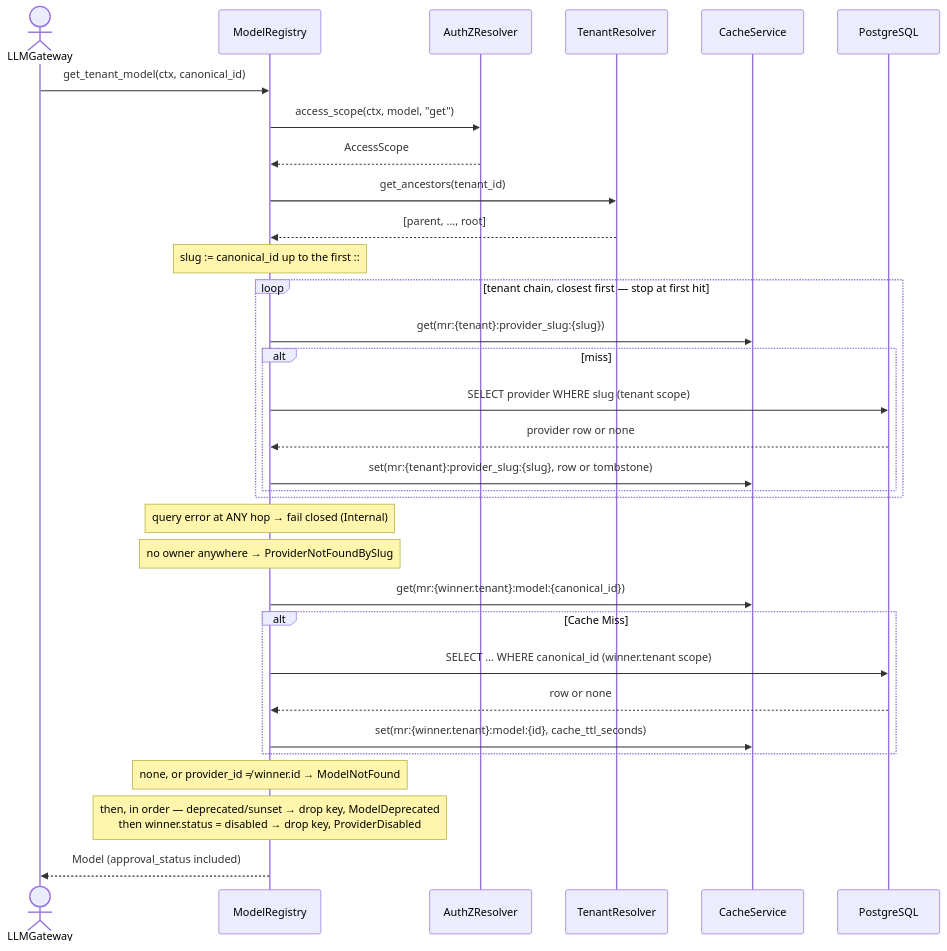
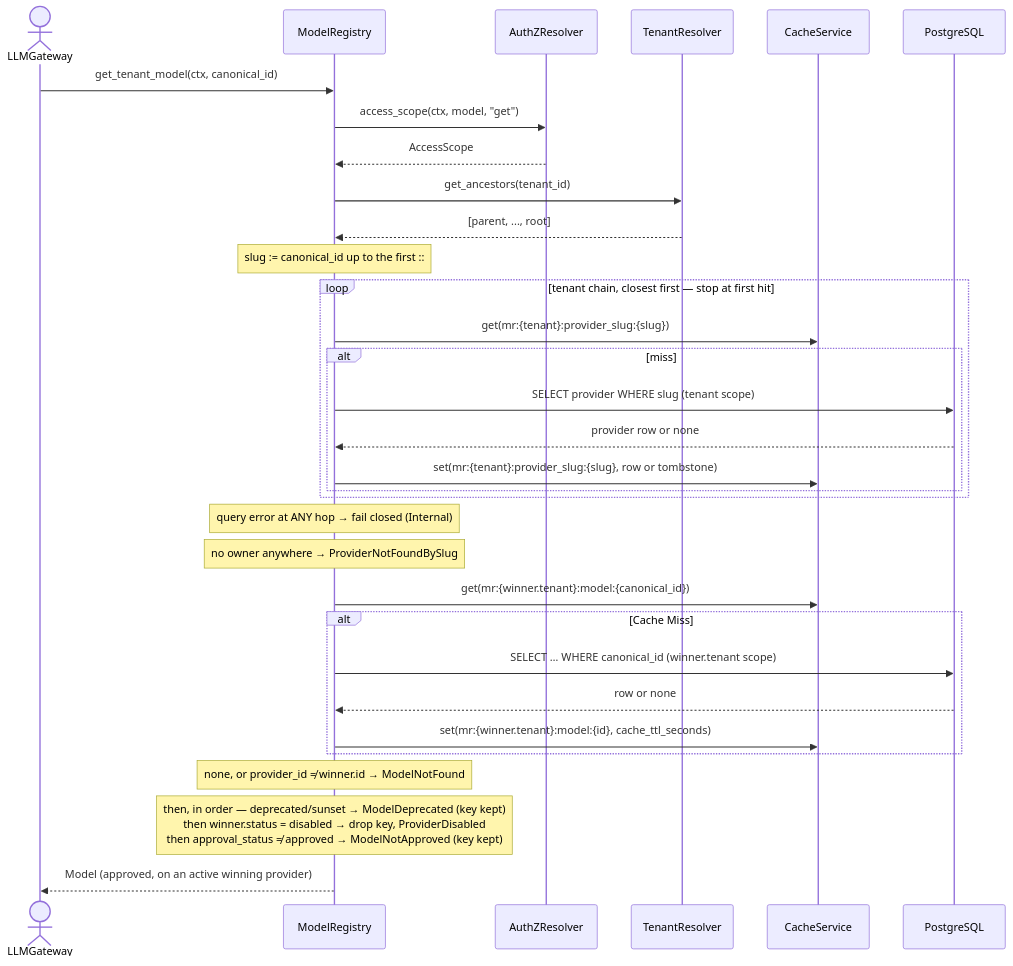
One commit to Qilin101/gears-rust changed the third of 9 diagrams in gears/model-registry/docs/DESIGN.md. Above: the diagram before and after it, drawn with Mermaid. The commit also changed other lines of this file and 6 other files, not shown here.

````diff
--- a/gears/model-registry/docs/DESIGN.md
+++ b/gears/model-registry/docs/DESIGN.md
@@ -938,38 +956,38 @@
 ```mermaid
 sequenceDiagram
     actor LLMGateway
     participant MR as ModelRegistry
     participant PDP as AuthZResolver
     participant Tenant as TenantResolver
     participant Cache as CacheService
     participant DB as PostgreSQL
 
     LLMGateway->>MR: get_tenant_model(ctx, canonical_id)
     MR->>PDP: access_scope(ctx, model, "get")
     PDP-->>MR: AccessScope
     MR->>Tenant: get_ancestors(tenant_id)
     Tenant-->>MR: [parent, ..., root]
 
     note over MR: slug := canonical_id up to the first ::
 
     loop tenant chain, closest first — stop at first hit
         MR->>Cache: get(mr:{tenant}:provider_slug:{slug})
         alt miss
             MR->>DB: SELECT provider WHERE slug (tenant scope)
             DB-->>MR: provider row or none
             MR->>Cache: set(mr:{tenant}:provider_slug:{slug}, row or tombstone)
         end
     end
     note over MR: query error at ANY hop → fail closed (Internal)
     note over MR: no owner anywhere → ProviderNotFoundBySlug
 
     MR->>Cache: get(mr:{winner.tenant}:model:{canonical_id})
     alt Cache Miss
         MR->>DB: SELECT … WHERE canonical_id (winner.tenant scope)
         DB-->>MR: row or none
         MR->>Cache: set(mr:{winner.tenant}:model:{id}, cache_ttl_seconds)
     end
     note over MR: none, or provider_id ≠ winner.id → ModelNotFound
-    note over MR: then, in order — deprecated/sunset → drop key, ModelDeprecated<br/>then winner.status = disabled → drop key, ProviderDisabled
-    MR-->>LLMGateway: Model (approval_status included)
+    note over MR: then, in order — deprecated/sunset → ModelDeprecated (key kept)<br/>then winner.status = disabled → drop key, ProviderDisabled<br/>then approval_status ≠ approved → ModelNotApproved (key kept)
+    MR-->>LLMGateway: Model (approved, on an active winning provider)
 ```
````
